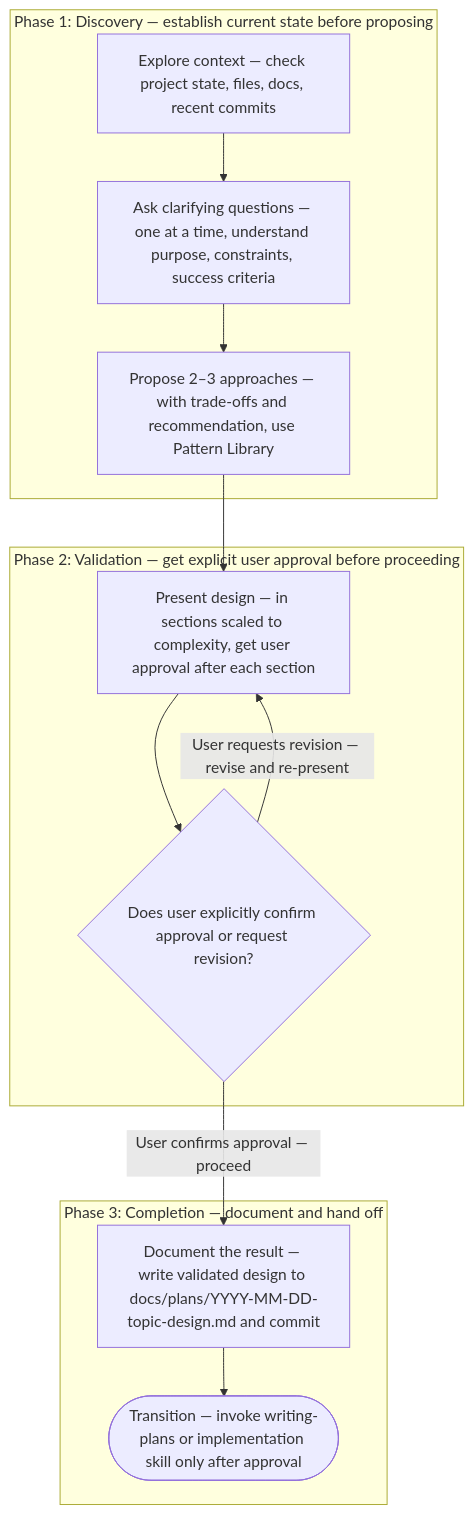
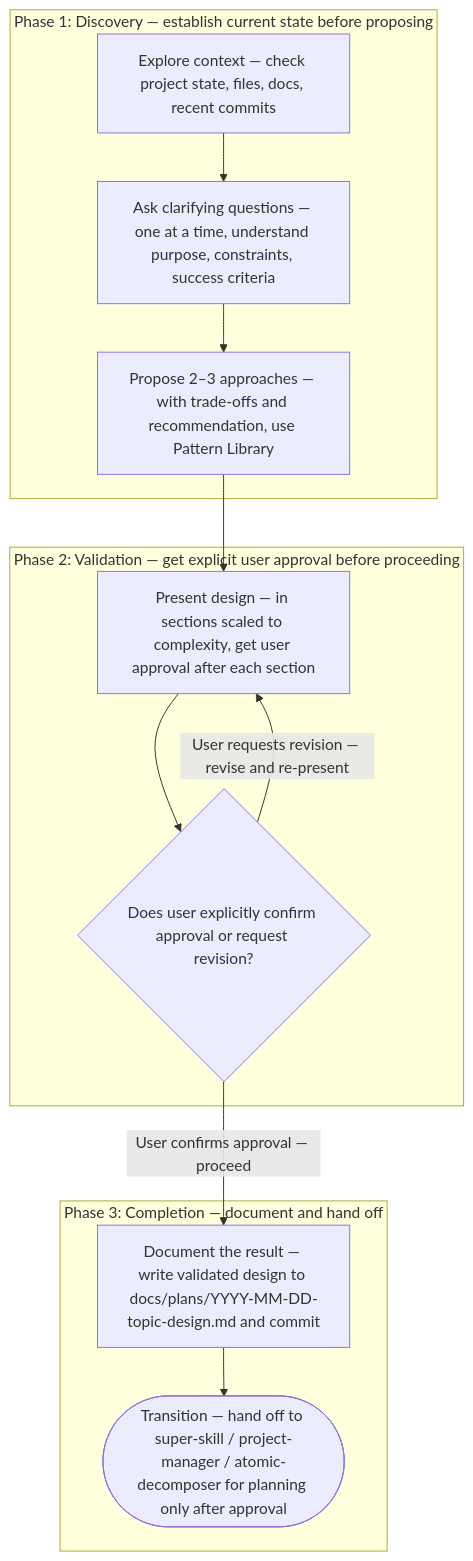
One commit to KeanuReadmes/super-skills changed the first of 2 diagrams in skills/brainstorming.md. Above: the diagram before and after it, drawn with Mermaid. The commit also changed other lines of this file and 16 other files, not shown here.

````diff
--- a/skills/brainstorming.md
+++ b/skills/brainstorming.md
@@ -43,22 +43,22 @@
 ```mermaid
 flowchart TD
     subgraph Phase1["Phase 1: Discovery — establish current state before proposing"]
         Explore["Explore context — check project state, files, docs, recent commits"]
         Ask["Ask clarifying questions — one at a time, understand purpose, constraints, success criteria"]
         Propose["Propose 2–3 approaches — with trade-offs and recommendation, use Pattern Library"]
     end
     subgraph Phase2["Phase 2: Validation — get explicit user approval before proceeding"]
         Present["Present design — in sections scaled to complexity, get user approval after each section"]
         Approve{"Does user explicitly confirm approval or request revision?"}
     end
     subgraph Phase3["Phase 3: Completion — document and hand off"]
         Document["Document the result — write validated design to docs/plans/YYYY-MM-DD-topic-design.md and commit"]
-        Transition(["Transition — invoke writing-plans or implementation skill only after approval"])
+        Transition(["Transition — hand off to super-skill / project-manager / atomic-decomposer for planning only after approval"])
     end
 
     Explore --> Ask --> Propose --> Present
     Present --> Approve
     Approve -->|"User requests revision — revise and re-present"| Present
     Approve -->|"User confirms approval — proceed"| Document
     Document --> Transition
 ```
````
